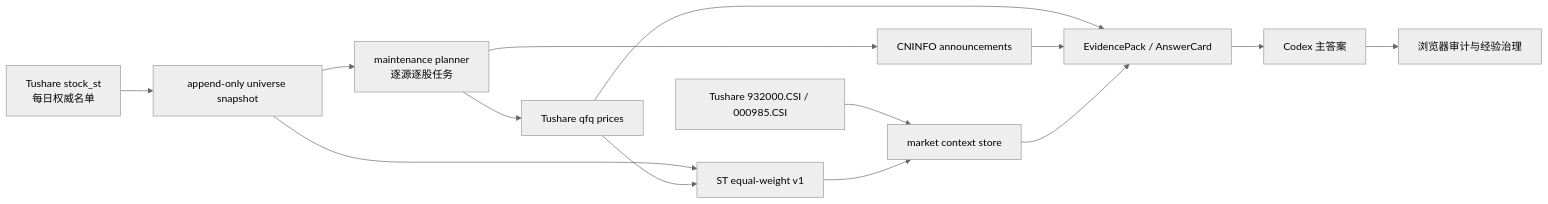
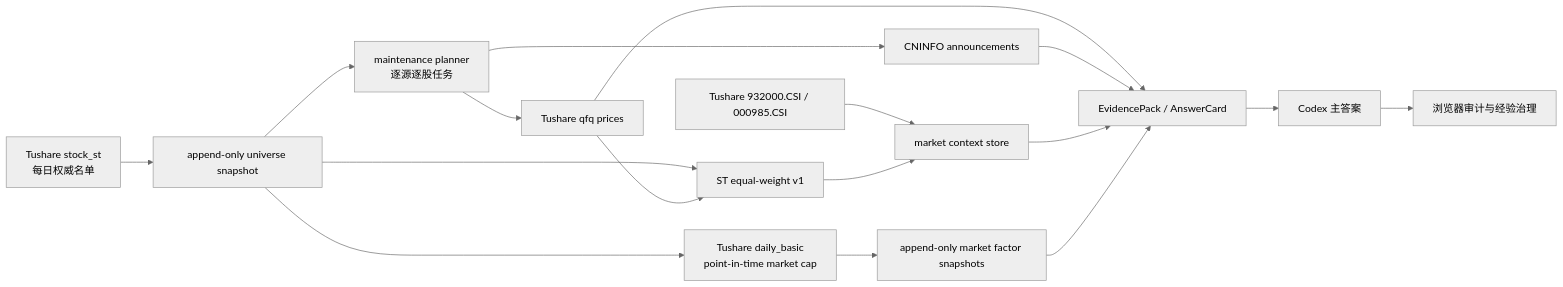
The diagram in V8_NEXT_PRD.md (Nivael/v8_copilot), drawn with Mermaid (neutral theme) before and after one commit. The commit also changed other lines of this file and 30 other files, not shown here.

Commit message:
feat: add point-in-time market cap cohorts

````diff
--- a/V8_NEXT_PRD.md
+++ b/V8_NEXT_PRD.md
@@ -125,16 +125,19 @@
 ```mermaid
 flowchart LR
     A["Tushare stock_st\n每日权威名单"] --> B["append-only universe snapshot"]
     B --> C["maintenance planner\n逐源逐股任务"]
     C --> D["Tushare qfq prices"]
     C --> E["CNINFO announcements"]
     B --> F["ST equal-weight v1"]
     D --> F
     G["Tushare 932000.CSI / 000985.CSI"] --> H["market context store"]
+    B --> L["Tushare daily_basic\npoint-in-time market cap"]
+    L --> M["append-only market factor snapshots"]
     F --> H
     D --> I["EvidencePack / AnswerCard"]
     E --> I
     H --> I
+    M --> I
     I --> J["Codex 主答案"]
     J --> K["浏览器审计与经验治理"]
 ```
````
